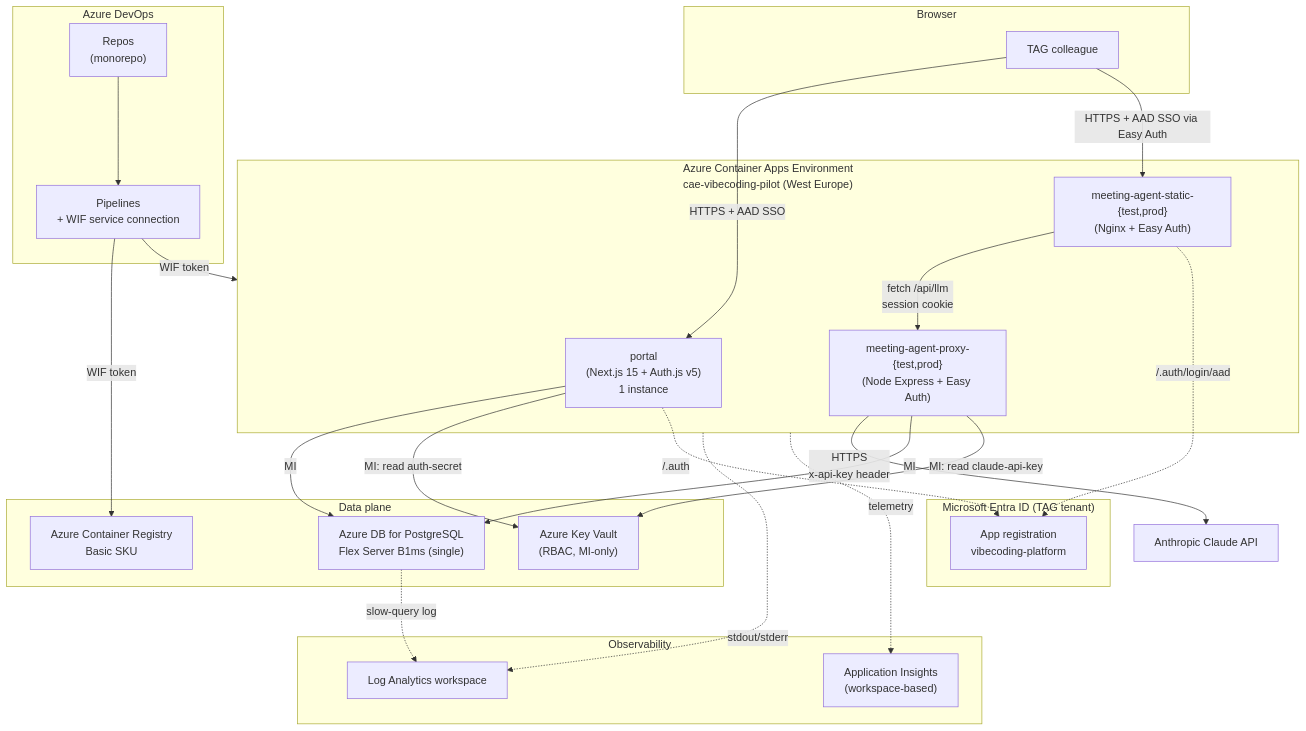
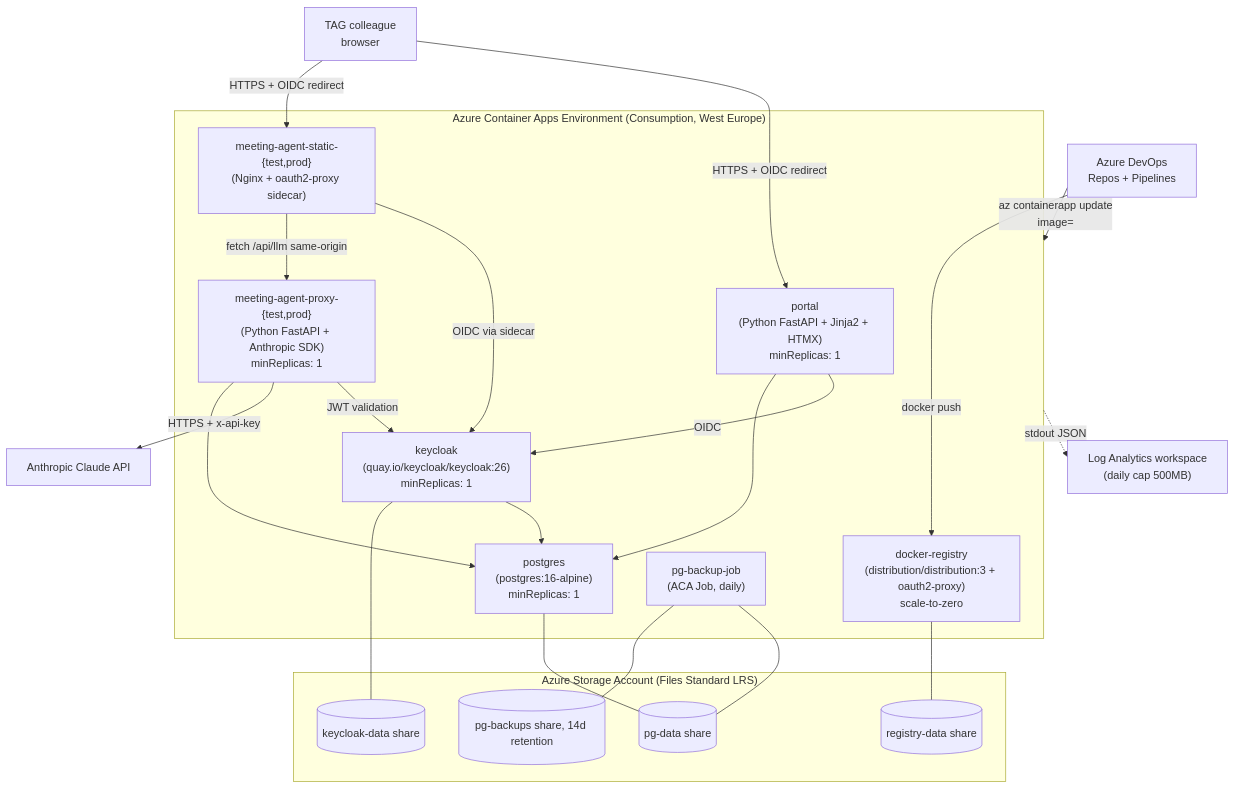
One commit to jpolleunis/VibecodePlatform changed the diagram in .planning/research/ARCHITECTURE.md. Above: the diagram before and after it, drawn with Mermaid. The commit also changed other lines of this file and 10 other files, not shown here.

First line of the commit message:
refactor(planning): strip Azure to Container-Apps-only + Python rebuild

````diff
--- a/.planning/research/ARCHITECTURE.md
+++ b/.planning/research/ARCHITECTURE.md
@@ -11,53 +11,48 @@
 ```mermaid
 flowchart TB
-  subgraph Browser
-    user[TAG colleague]
+  user[TAG colleague<br/>browser]
+
+  subgraph ACAEnv["Azure Container Apps Environment (Consumption, West Europe)"]
+    portal["portal<br/>(Python FastAPI + Jinja2 + HTMX)<br/>minReplicas: 1"]
+    pilot_static["meeting-agent-static-{test,prod}<br/>(Nginx + oauth2-proxy sidecar)"]
+    pilot_proxy["meeting-agent-proxy-{test,prod}<br/>(Python FastAPI + Anthropic SDK)<br/>minReplicas: 1"]
+    keycloak["keycloak<br/>(quay.io/keycloak/keycloak:26)<br/>minReplicas: 1"]
+    pgdb["postgres<br/>(postgres:16-alpine)<br/>minReplicas: 1"]
+    registry["docker-registry<br/>(distribution/distribution:3 + oauth2-proxy)<br/>scale-to-zero"]
+    pgdump["pg-backup-job<br/>(ACA Job, daily)"]
   end
 
-  subgraph AzureAD["Microsoft Entra ID (TAG tenant)"]
-    app_reg["App registration<br/>vibecoding-platform"]
+  subgraph Storage["Azure Storage Account (Files Standard LRS)"]
+    pgvol[(pg-data share)]
+    kcvol[(keycloak-data share)]
+    regvol[(registry-data share)]
+    backupvol[(pg-backups share, 14d retention)]
   end
 
-  subgraph ACAEnv["Azure Container Apps Environment<br/>cae-vibecoding-pilot (West Europe)"]
-    portal["portal<br/>(Next.js 15 + Auth.js v5)<br/>1 instance"]
-    pilot_static["meeting-agent-static-{test,prod}<br/>(Nginx + Easy Auth)"]
-    pilot_proxy["meeting-agent-proxy-{test,prod}<br/>(Node Express + Easy Auth)"]
-  end
+  law["Log Analytics workspace<br/>(daily cap 500MB)"]
+  ado["Azure DevOps<br/>Repos + Pipelines"]
+  anthropic["Anthropic Claude API"]
 
-  subgraph DataPlane["Data plane"]
-    pg["Azure DB for PostgreSQL<br/>Flex Server B1ms (single)"]
-    kv["Azure Key Vault<br/>(RBAC, MI-only)"]
-    acr["Azure Container Registry<br/>Basic SKU"]
-  end
+  user -->|HTTPS + OIDC redirect| portal
+  user -->|HTTPS + OIDC redirect| pilot_static
+  portal -->|OIDC| keycloak
+  pilot_static -->|OIDC via sidecar| keycloak
+  pilot_static -->|fetch /api/llm same-origin| pilot_proxy
+  pilot_proxy -->|JWT validation| keycloak
+  pilot_proxy -->|HTTPS + x-api-key| anthropic
 
-  subgraph Obs["Observability"]
-    law["Log Analytics workspace"]
-    ai["Application Insights<br/>(workspace-based)"]
-  end
+  portal --> pgdb
+  pilot_proxy --> pgdb
+  keycloak --> pgdb
 
-  subgraph CICD["Azure DevOps"]
-    ado_repo["Repos<br/>(monorepo)"]
-    ado_pipe["Pipelines<br/>+ WIF service connection"]
-  end
+  pgdb --- pgvol
+  keycloak --- kcvol
+  registry --- regvol
+  pgdump --- pgvol
+  pgdump --- backupvol
 
-  user -->|HTTPS + AAD SSO| portal
-  user -->|HTTPS + AAD SSO via Easy Auth| pilot_static
-  pilot_static -->|fetch /api/llm<br/>session cookie| pilot_proxy
-  pilot_proxy -->|HTTPS<br/>x-api-key header| anthropic["Anthropic Claude API"]
+  ado -->|az containerapp update<br/>image=<registry-url>| ACAEnv
+  ado -->|docker push| registry
 
-  portal -->|MI| pg
-  pilot_proxy -->|MI| pg
-  pilot_proxy -->|MI: read claude-api-key| kv
-  portal -->|MI: read auth-secret| kv
-
-  portal -.->|/.auth| app_reg
-  pilot_static -.->|/.auth/login/aad| app_reg
-
-  ado_pipe -->|WIF token| acr
-  ado_pipe -->|WIF token| ACAEnv
-  ado_repo --> ado_pipe
-
-  ACAEnv -.->|stdout/stderr| law
-  ACAEnv -.->|telemetry| ai
-  pg -.->|slow-query log| law
+  ACAEnv -.->|stdout JSON| law
 ```
````
